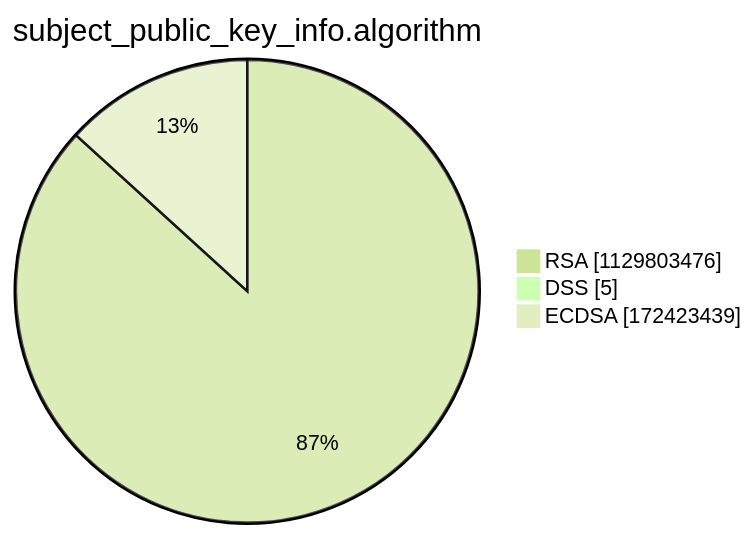
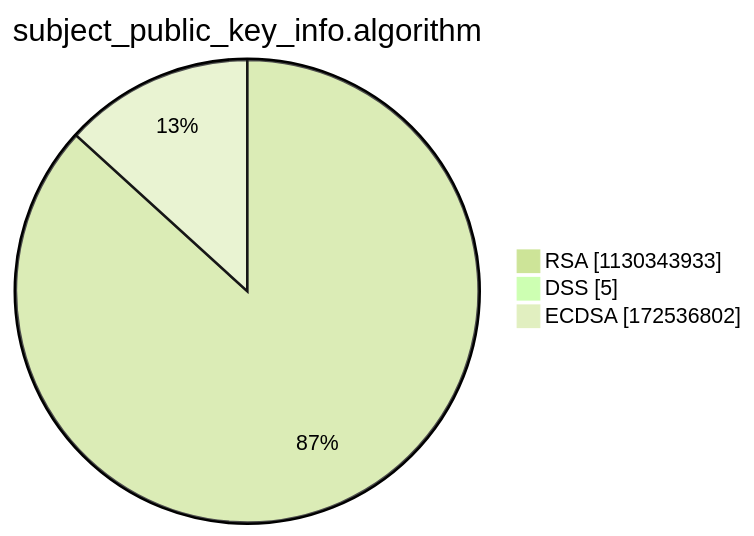
One commit to christiankrug/ctmonitor_visualization changed the third of 15 diagrams in argon2022/README.md. Above: the diagram before and after it, drawn with Mermaid (forest theme). The commit also changed other lines of this file, not shown here.

````diff
--- a/argon2022/README.md
+++ b/argon2022/README.md
@@ -14,7 +14,7 @@
 ```mermaid
 pie showData
 title subject_public_key_info.algorithm
-"RSA" :1129803476
+"RSA" :1130343933
 "DSS" :5
-"ECDSA" :172423439
+"ECDSA" :172536802
 ```
````
